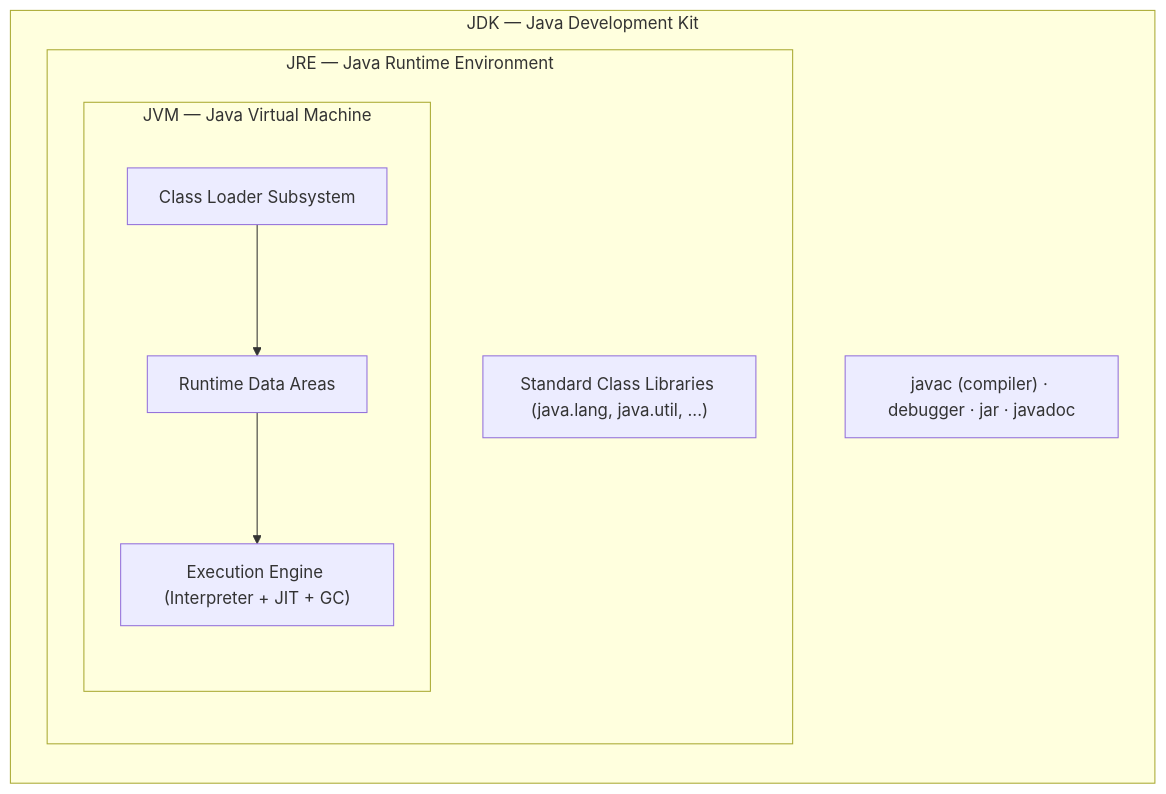
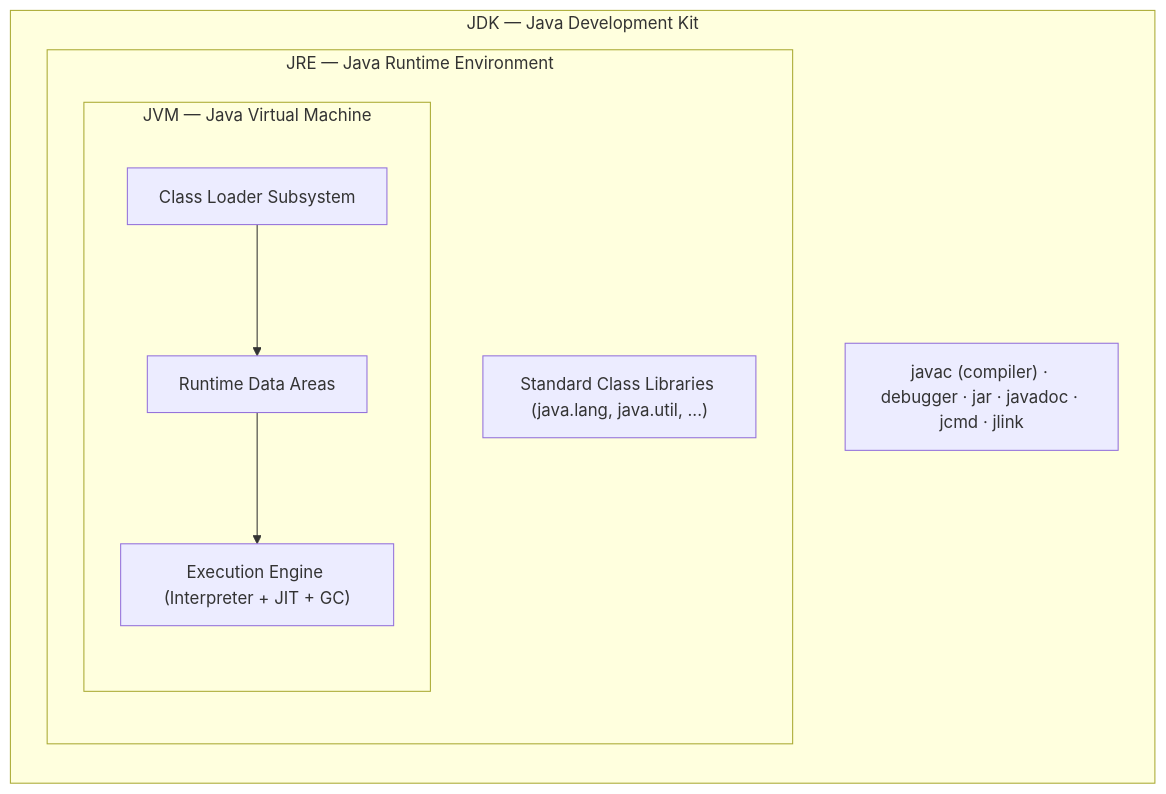
The first of 3 diagrams in docs/01-core-java/jdk-jre-jvm.md (prabhu-raghunathan/java-learn), drawn with Mermaid before and after one commit. The commit also changed other lines of this file and 28 other files, not shown here.

````diff
--- a/docs/01-core-java/jdk-jre-jvm.md
+++ b/docs/01-core-java/jdk-jre-jvm.md
@@ -26,18 +35,18 @@
 ```mermaid
 flowchart TB
     subgraph JDK["JDK — Java Development Kit"]
         direction TB
-        Tools["javac (compiler) · debugger · jar · javadoc"]
+        Tools["javac (compiler) · debugger · jar · javadoc · jcmd · jlink"]
         subgraph JRE["JRE — Java Runtime Environment"]
             direction TB
             Libs["Standard Class Libraries (java.lang, java.util, ...)"]
             subgraph JVM["JVM — Java Virtual Machine"]
                 direction TB
                 CL["Class Loader Subsystem"]
                 RDA["Runtime Data Areas"]
                 EE["Execution Engine (Interpreter + JIT + GC)"]
                 CL --> RDA --> EE
             end
         end
     end
 ```
````
